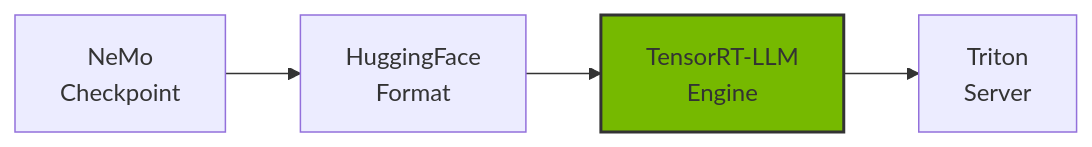
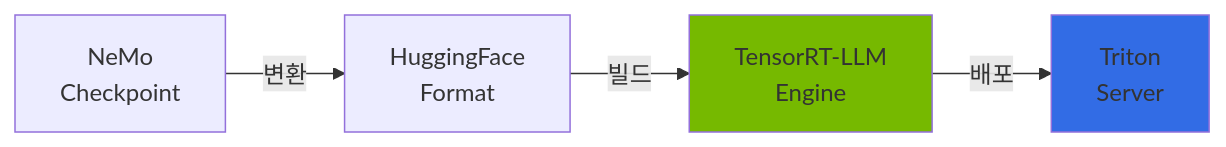
Before and after one commit to devfloor9/engineering-playbook: the third of 5 diagrams in docs/agentic-ai-platform/model-serving/nemo-framework.md, drawn with Mermaid. The commit also changed other lines of this file and 24 other files, not shown here.

````diff
--- a/docs/agentic-ai-platform/model-serving/nemo-framework.md
+++ b/docs/agentic-ai-platform/model-serving/nemo-framework.md
@@ -428,13 +416,14 @@
 ```mermaid
-graph LR
-    NeMo["NeMo<br/>Checkpoint"]
-    HF["HuggingFace<br/>Format"]
-    TRT["TensorRT-LLM<br/>Engine"]
-    Triton["Triton<br/>Server"]
-    
-    NeMo --> HF
-    HF --> TRT
-    TRT --> Triton
-    
-    style TRT fill:#76b900,stroke:#333,stroke-width:2px
+flowchart LR
+    NeMo[NeMo<br/>Checkpoint]
+    HF[HuggingFace<br/>Format]
+    TRT[TensorRT-LLM<br/>Engine]
+    Triton[Triton<br/>Server]
+
+    NeMo -->|변환| HF
+    HF -->|빌드| TRT
+    TRT -->|배포| Triton
+
+    style TRT fill:#76b900
+    style Triton fill:#326ce5
 ```
````
